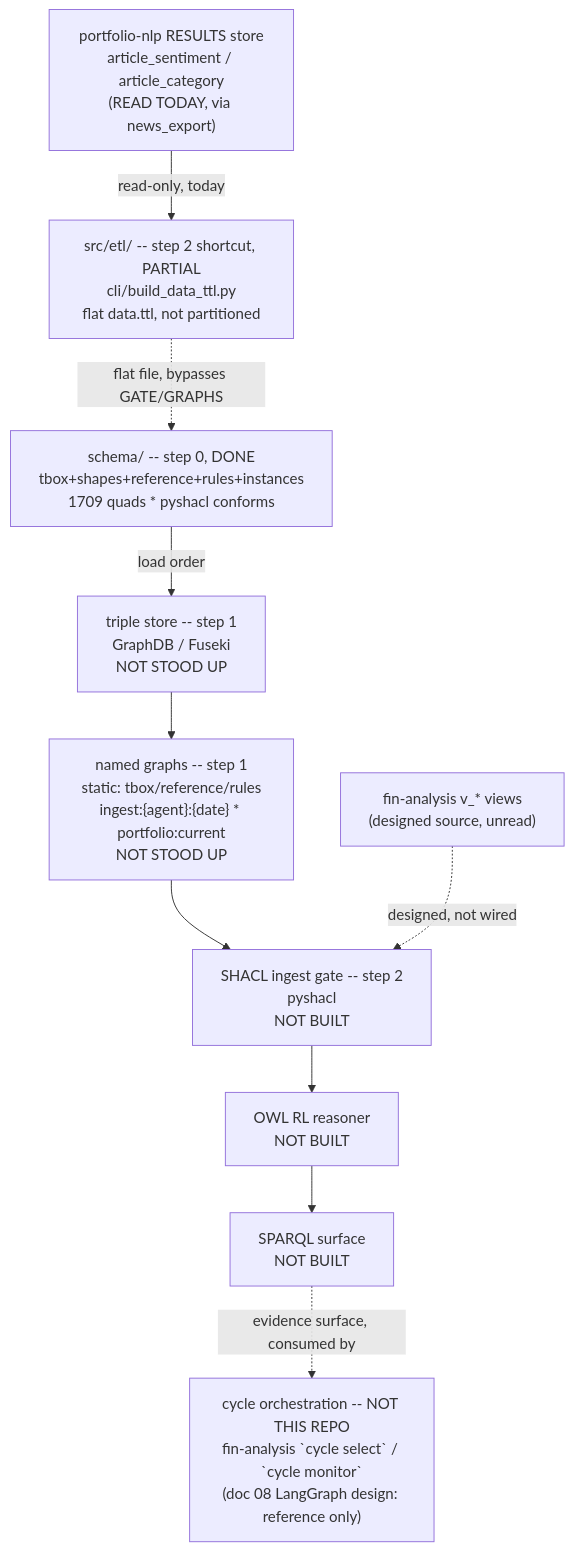
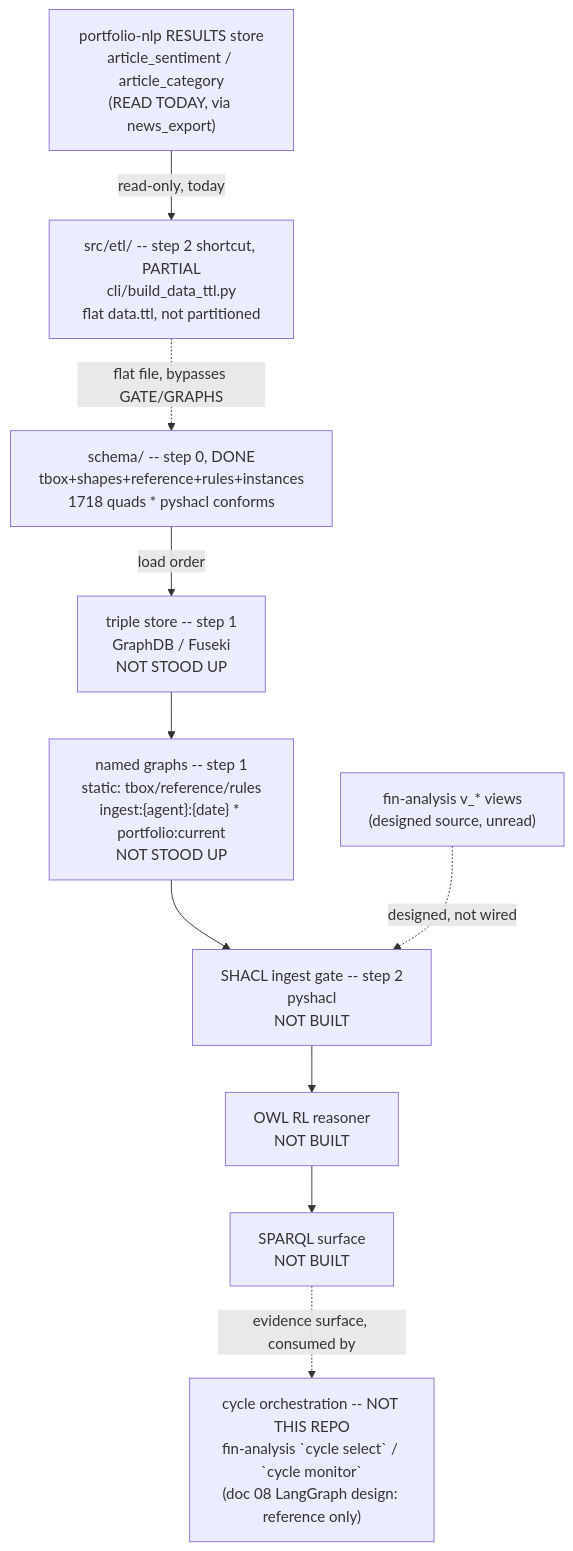
The diagram in .specify/memory/SPEC.md (gamug/portfolio-knowledge-graph), drawn with Mermaid before and after one commit. The commit also changed other lines of this file and 8 other files, not shown here.

First line of the commit message:
fix(schema): address PR #33 review — stale counts, comments, mandatory ruleSeverity

````diff
--- a/.specify/memory/SPEC.md
+++ b/.specify/memory/SPEC.md
@@ -298,20 +298,20 @@
 ```mermaid
 flowchart TB
-    SCHEMA["schema/ -- step 0, DONE<br/>tbox+shapes+reference+rules+instances<br/>1709 quads * pyshacl conforms"]
+    SCHEMA["schema/ -- step 0, DONE<br/>tbox+shapes+reference+rules+instances<br/>1718 quads * pyshacl conforms"]
     STORE["triple store -- step 1<br/>GraphDB / Fuseki<br/>NOT STOOD UP"]
     GRAPHS["named graphs -- step 1<br/>static: tbox/reference/rules<br/>ingest:{agent}:{date} * portfolio:current<br/>NOT STOOD UP"]
     GATE["SHACL ingest gate -- step 2<br/>pyshacl<br/>NOT BUILT"]
     FIN["fin-analysis v_* views<br/>(designed source, unread)"]
     NLPRES["portfolio-nlp RESULTS store<br/>article_sentiment / article_category<br/>(READ TODAY, via news_export)"]
     ETL["src/etl/ -- step 2 shortcut, PARTIAL<br/>cli/build_data_ttl.py<br/>flat data.ttl, not partitioned"]
     REASON["OWL RL reasoner<br/>NOT BUILT"]
     SPARQL["SPARQL surface<br/>NOT BUILT"]
     AGENTS["cycle orchestration -- NOT THIS REPO<br/>fin-analysis `cycle select` / `cycle monitor`<br/>(doc 08 LangGraph design: reference only)"]
 
     SCHEMA -->|load order| STORE --> GRAPHS --> GATE
     FIN -.->|designed, not wired| GATE
     NLPRES -->|read-only, today| ETL
     ETL -.->|flat file, bypasses GATE/GRAPHS| SCHEMA
     GATE --> REASON --> SPARQL
     SPARQL -.->|evidence surface, consumed by| AGENTS
 ```
````
